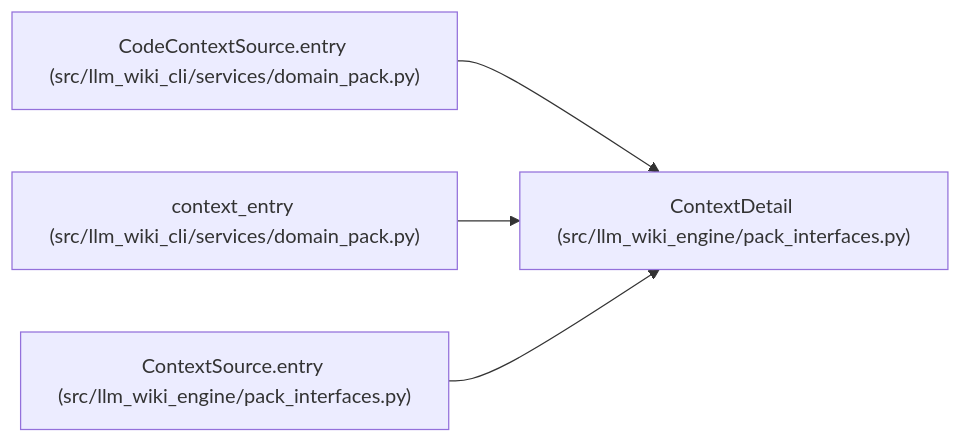
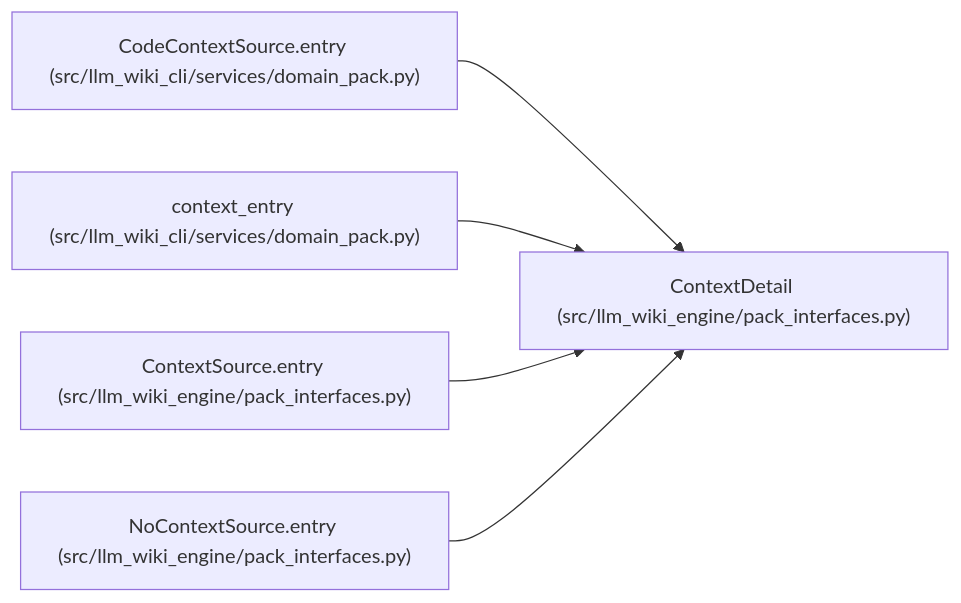
The diagram in docs/llm_wiki/entities/ContextDetail.md (Denissvgn/python-wiki-llm), drawn with Mermaid before and after one commit. The commit also changed other lines of this file and 719 other files, not shown here.

Commit message:
docs: refresh the wiki for the engine's own use cases

````diff
--- a/docs/llm_wiki/entities/ContextDetail.md
+++ b/docs/llm_wiki/entities/ContextDetail.md
@@ -24,14 +24,17 @@
 ```mermaid
 flowchart LR
     n0["ContextDetail (src/llm_wiki_engine/pack_interfaces.py)"]
     n1["CodeContextSource.entry (src/llm_wiki_cli/services/domain_pack.py)"]
     n2["context_entry (src/llm_wiki_cli/services/domain_pack.py)"]
     n3["ContextSource.entry (src/llm_wiki_engine/pack_interfaces.py)"]
+    n4["NoContextSource.entry (src/llm_wiki_engine/pack_interfaces.py)"]
     n1 --> n0
     n2 --> n0
     n3 --> n0
+    n4 --> n0
     click n0 "../modules/pack_interfaces.md"
     click n1 "../modules/domain_pack.md"
     click n2 "../modules/domain_pack.md"
     click n3 "../modules/pack_interfaces.md"
+    click n4 "../modules/pack_interfaces.md"
 ```
````
